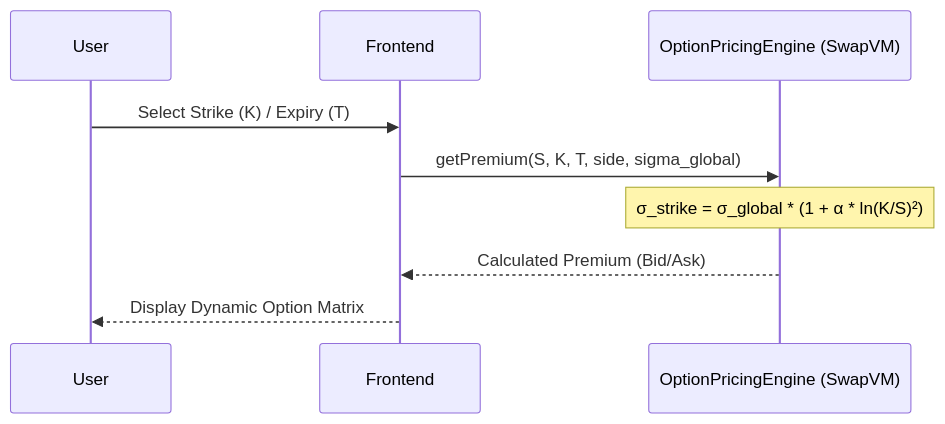
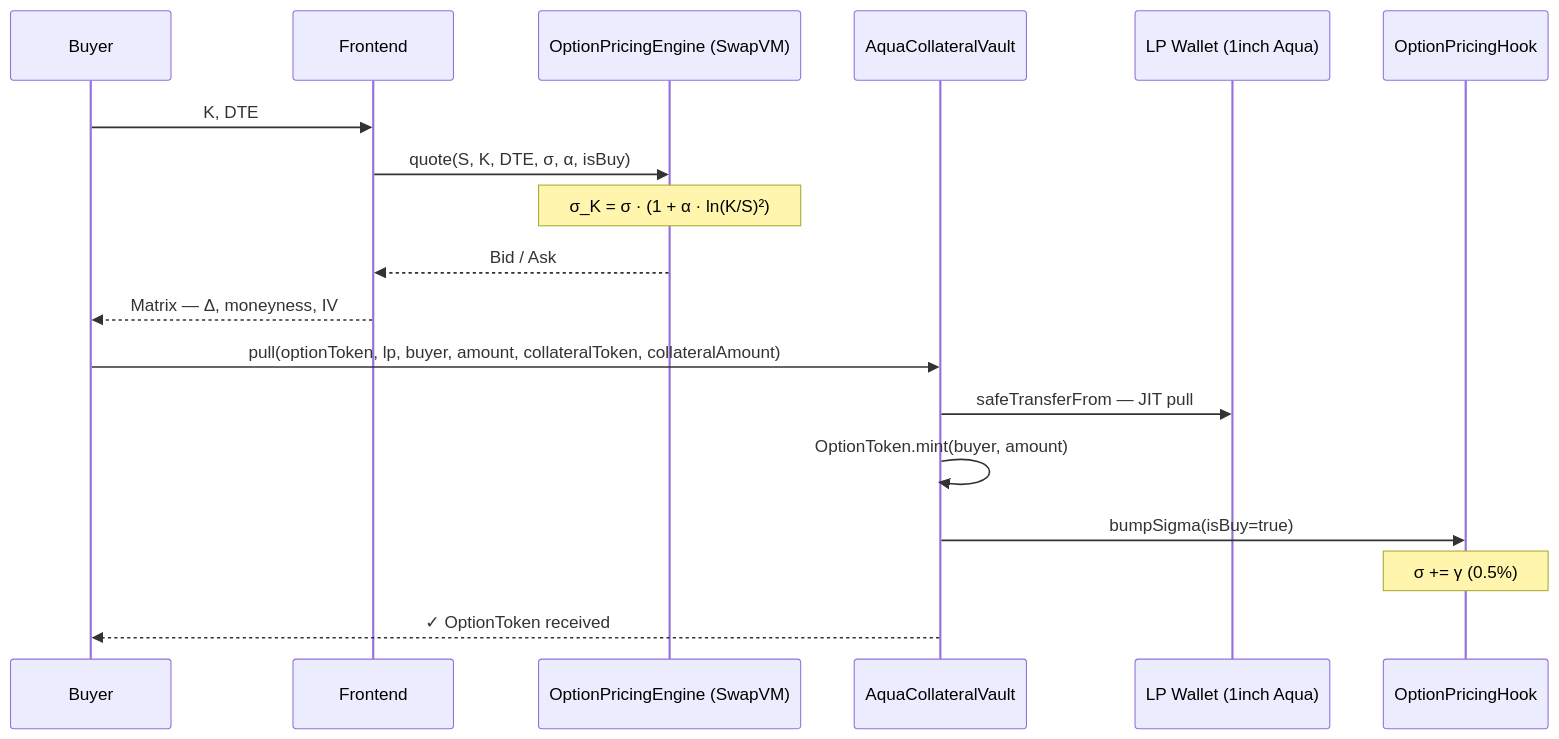
Before and after one commit to oslinin/Smile: the second of 5 diagrams in README.md, drawn with Mermaid. The commit also changed other lines of this file and 1 other file, not shown here.

Commit message:
Update README frontend URL to GitHub Pages

````diff
--- a/README.md
+++ b/README.md
@@ -114,12 +129,21 @@
 ```mermaid
 sequenceDiagram
-    participant User
+    participant Buyer
     participant Frontend
     participant Engine as OptionPricingEngine (SwapVM)
-    
-    User->>Frontend: Select Strike (K) / Expiry (T)
-    Frontend->>Engine: getPremium(S, K, T, side, sigma_global)
-    Note over Engine: σ_strike = σ_global * (1 + α * ln(K/S)²)
-    Engine-->>Frontend: Calculated Premium (Bid/Ask)
-    Frontend-->>User: Display Dynamic Option Matrix
+    participant Vault as AquaCollateralVault
+    participant LP as LP Wallet (1inch Aqua)
+    participant Hook as OptionPricingHook
+
+    Buyer->>Frontend: K, DTE
+    Frontend->>Engine: quote(S, K, DTE, σ, α, isBuy)
+    Note over Engine: σ_K = σ · (1 + α · ln(K/S)²)
+    Engine-->>Frontend: Bid / Ask
+    Frontend-->>Buyer: Matrix — Δ, moneyness, IV
+    Buyer->>Vault: pull(optionToken, lp, buyer, amount, collateralToken, collateralAmount)
+    Vault->>LP: safeTransferFrom — JIT pull
+    Vault->>Vault: OptionToken.mint(buyer, amount)
+    Vault->>Hook: bumpSigma(isBuy=true)
+    Note over Hook: σ += γ (0.5%)
+    Vault-->>Buyer: ✓ OptionToken received
 ```
````
